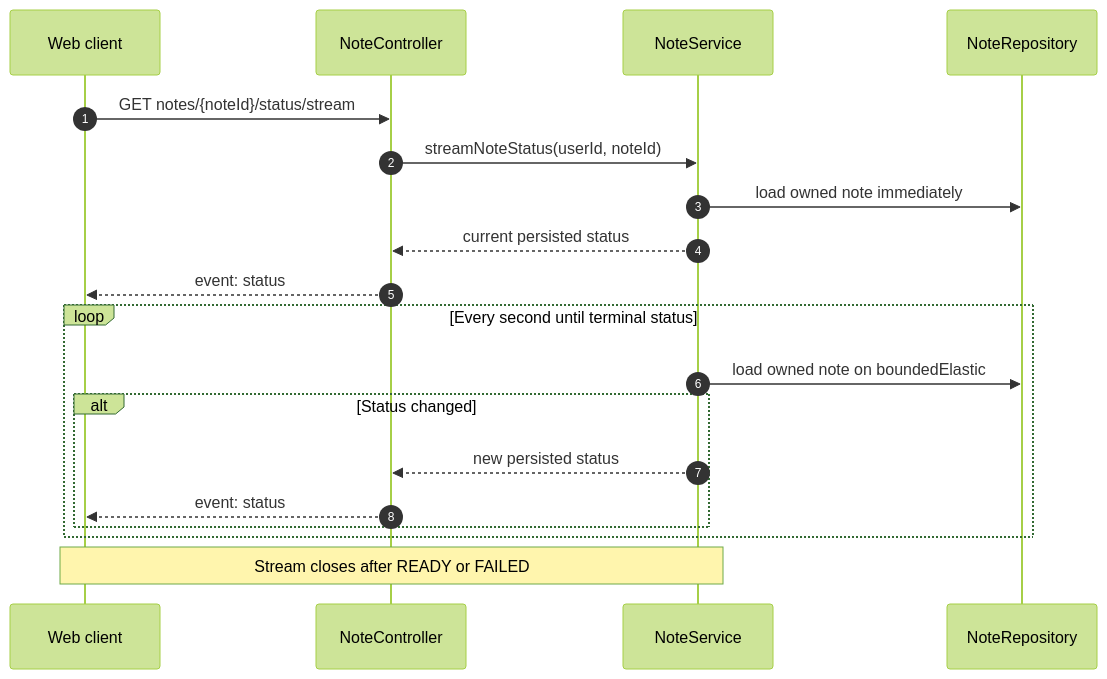
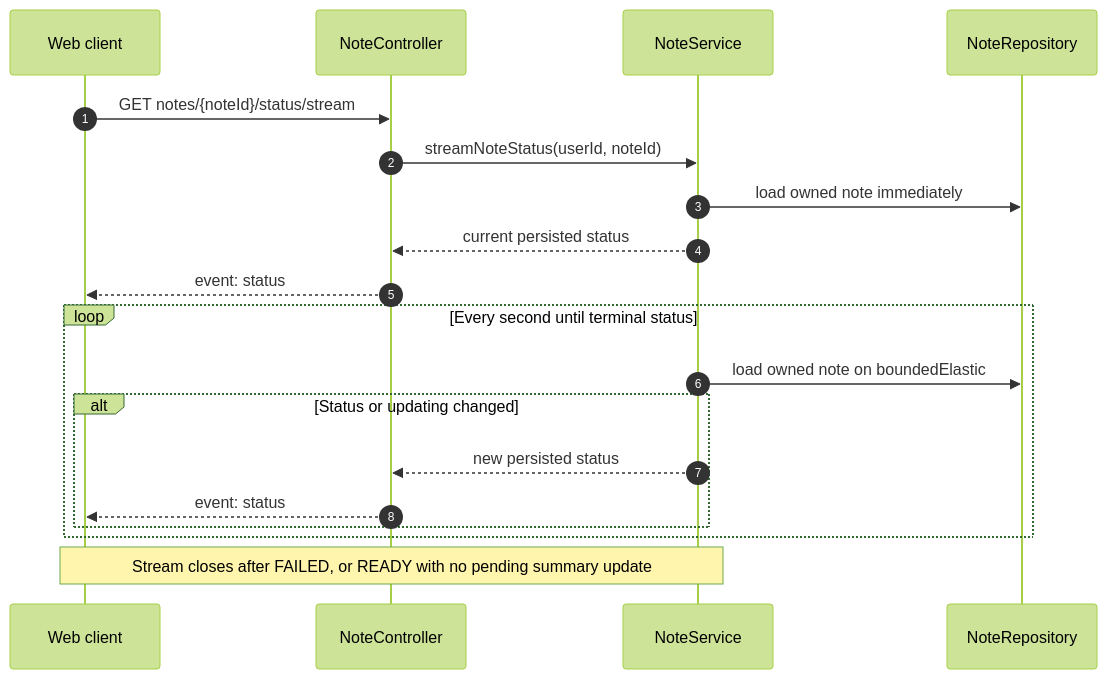
The tenth of 10 diagrams in module/note/note-app/REQUEST_FLOWS.md (sokolov-r-u/uliss), drawn with Mermaid (forest theme) before and after one commit. The commit also changed other lines of this file and 110 other files, not shown here.

````diff
--- a/module/note/note-app/REQUEST_FLOWS.md
+++ b/module/note/note-app/REQUEST_FLOWS.md
@@ -395,21 +430,21 @@
 ```mermaid
 sequenceDiagram
     autonumber
     participant C as Web client
     participant NC as NoteController
     participant NS as NoteService
     participant NR as NoteRepository
     C ->> NC: GET notes/{noteId}/status/stream
     NC ->> NS: streamNoteStatus(userId, noteId)
     NS ->> NR: load owned note immediately
     NS -->> NC: current persisted status
     NC -->> C: event: status
     loop Every second until terminal status
         NS ->> NR: load owned note on boundedElastic
-        alt Status changed
+        alt Status or updating changed
             NS -->> NC: new persisted status
             NC -->> C: event: status
         end
     end
-    Note over NS, C: Stream closes after READY or FAILED
+    Note over NS, C: Stream closes after FAILED, or READY with no pending summary update
 ```
````
